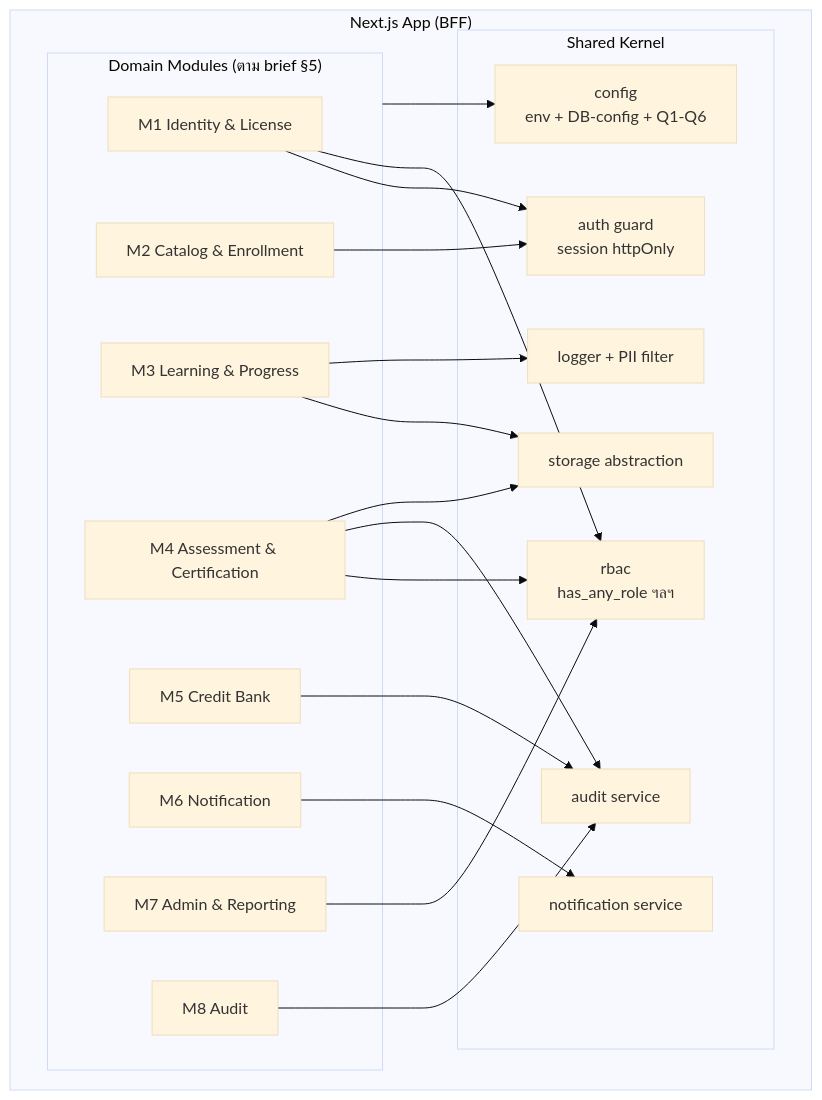
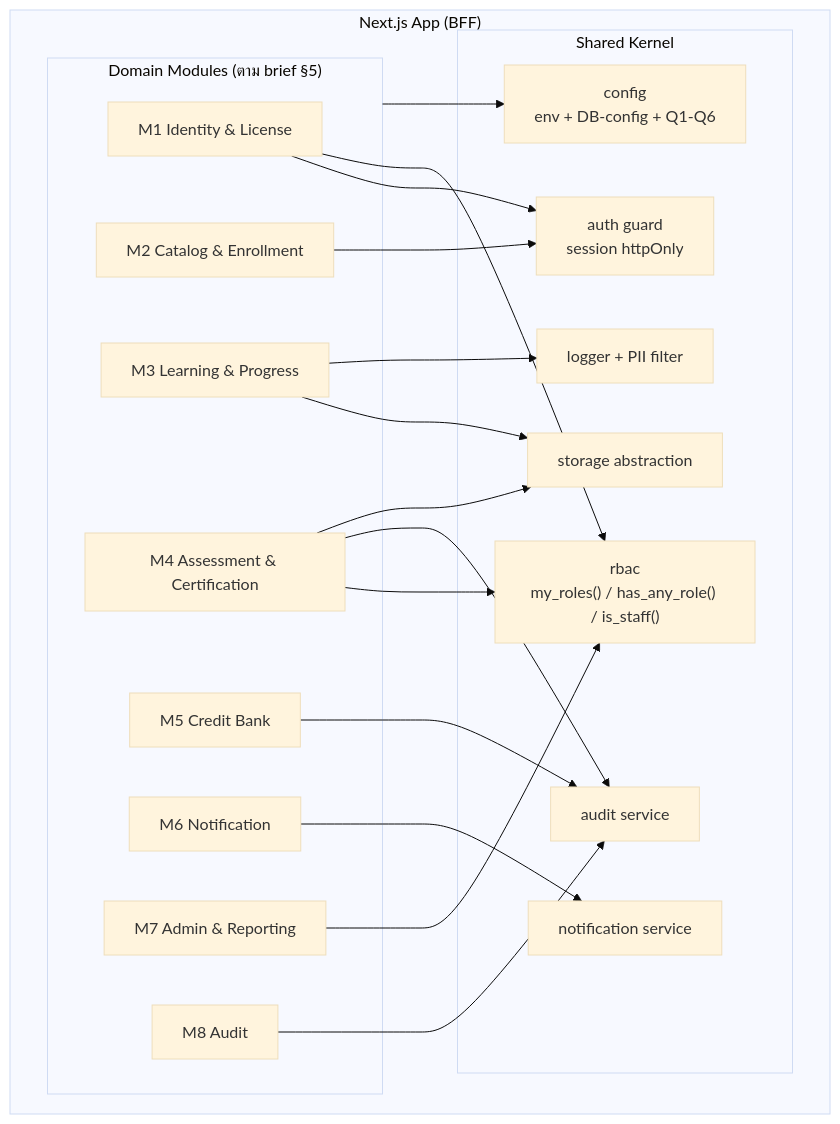
The third of 10 diagrams in docs/03-design/ARCHITECTURE.md (narongsak-sukma/E-Leaning-LTC), drawn with Mermaid (base theme) before and after one commit. The commit also changed other lines of this file and 2 other files, not shown here.

````diff
--- a/docs/03-design/ARCHITECTURE.md
+++ b/docs/03-design/ARCHITECTURE.md
@@ -72,37 +72,37 @@
 ```mermaid
 flowchart TB
     subgraph NEXT["Next.js App (BFF)"]
         subgraph MODS["Domain Modules (ตาม brief §5)"]
             M1["M1 Identity & License"]
             M2["M2 Catalog & Enrollment"]
             M3["M3 Learning & Progress"]
             M4["M4 Assessment & Certification"]
             M5["M5 Credit Bank"]
             M6["M6 Notification"]
             M7["M7 Admin & Reporting"]
             M8["M8 Audit"]
         end
         subgraph SHARED["Shared Kernel"]
             GUARD["auth guard<br/>session httpOnly"]
-            RBAC["rbac<br/>has_any_role ฯลฯ"]
+            RBAC["rbac<br/>my_roles() / has_any_role() / is_staff()"]
             CFG["config<br/>env + DB-config + Q1-Q6"]
             STAB["storage abstraction"]
             AUD["audit service"]
             NOTI["notification service"]
             LOG["logger + PII filter"]
         end
     end
     M1 --> GUARD
     M1 --> RBAC
     M2 --> GUARD
     M3 --> STAB
     M3 --> LOG
     M4 --> RBAC
     M4 --> AUD
     M4 --> STAB
     M5 --> AUD
     M6 --> NOTI
     M7 --> RBAC
     M8 --> AUD
     MODS --> CFG
 ```
````
